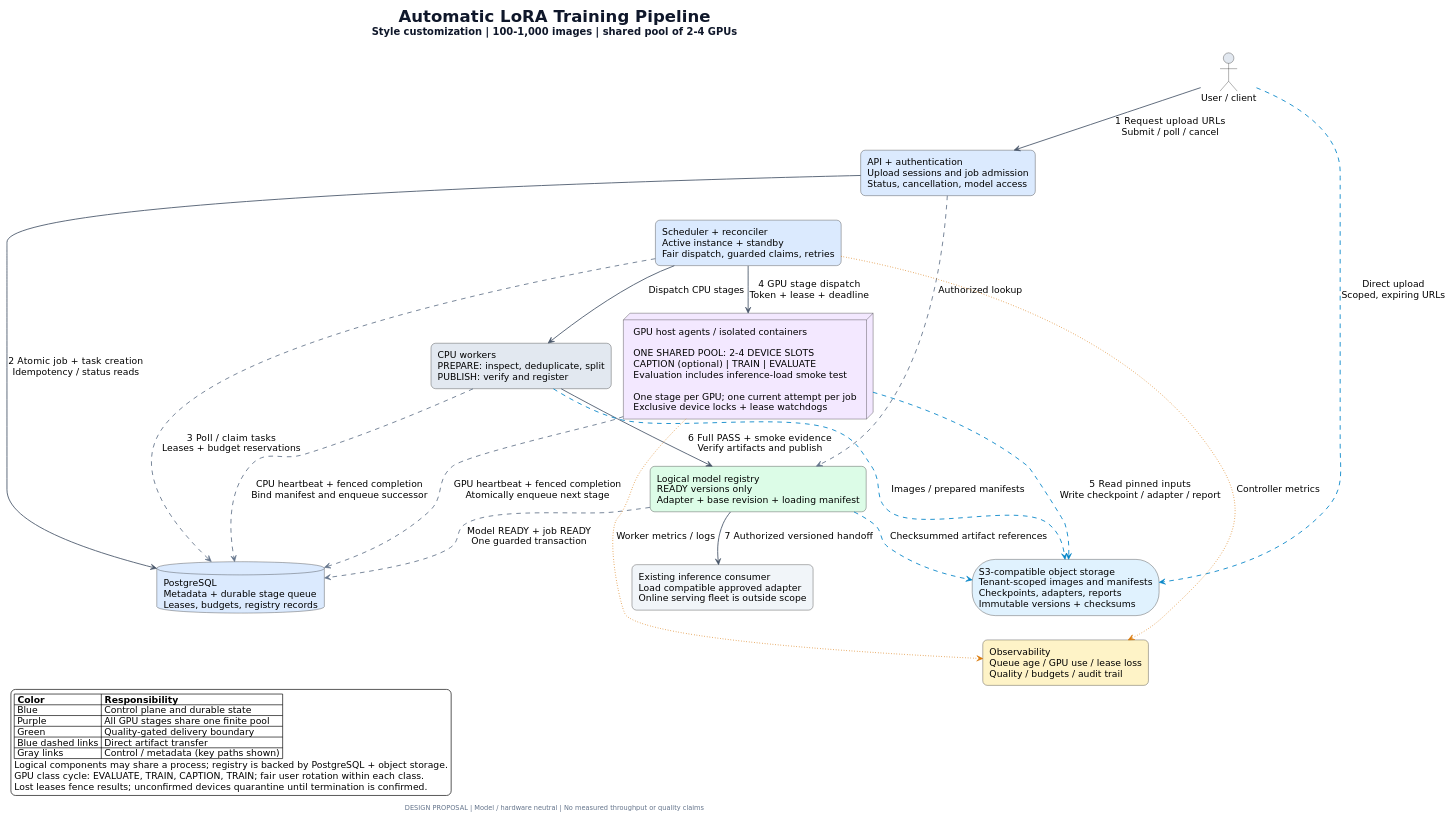
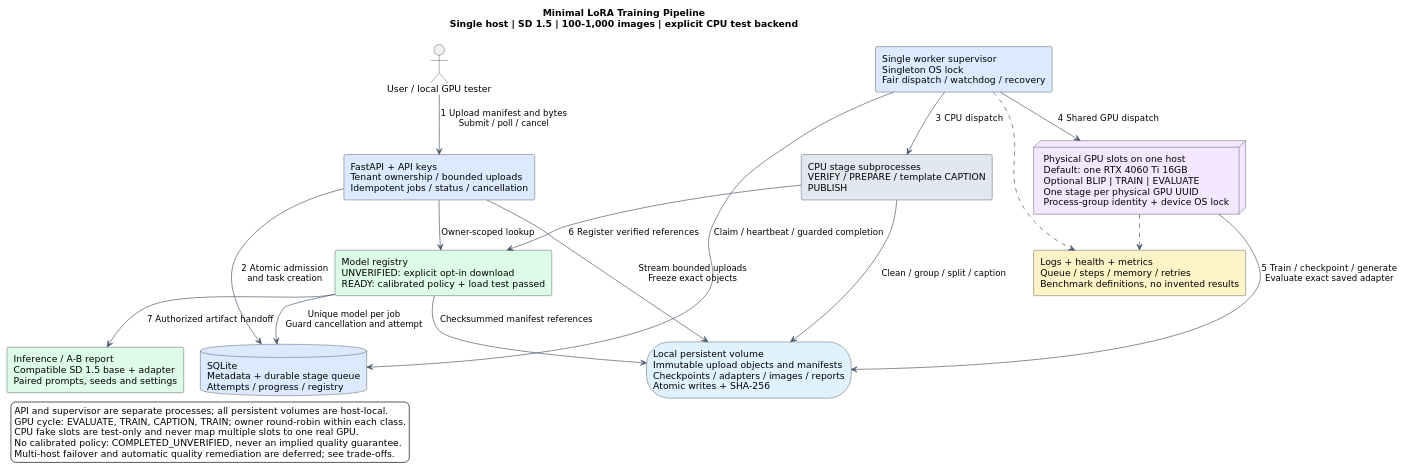
The diagram in diagrams/system-architecture.puml (54younger/sd15-lora-training-pipeline), drawn with PlantUML before and after one commit. The commit also changed 20 other files, not shown here.

Commit message:
docs: update bilingual design guides diagrams and validation record

```diff
--- a/diagrams/system-architecture.puml
+++ b/diagrams/system-architecture.puml
@@ -1,68 +1,46 @@
 @startuml system-architecture
 !pragma layout smetana
 skinparam backgroundColor #FFFFFF
 skinparam defaultFontName DejaVu Sans
-skinparam defaultFontSize 14
 skinparam shadowing false
-skinparam roundcorner 14
 skinparam componentStyle rectangle
+skinparam nodesep 45
+skinparam ranksep 55
 skinparam ArrowColor #475569
-skinparam ArrowThickness 1.3
-skinparam nodesep 55
-skinparam ranksep 60
-skinparam noteBackgroundColor #FFFBEB
-skinparam noteBorderColor #D4AF37
-skinparam titleFontSize 25
-skinparam titleFontColor #0F172A
-skinparam footerFontColor #64748B
 top to bottom direction
-title Automatic LoRA Training Pipeline\n<size:15>Style customization | 100-1,000 images | shared pool of 2-4 GPUs</size>
+title Minimal LoRA Training Pipeline\nSingle host | SD 1.5 | 100-1,000 images | explicit CPU test backend
+actor "User / local GPU tester" as User
+component "FastAPI + API keys\nTenant ownership / bounded uploads\nIdempotent jobs / status / cancellation" as API #DBEAFE
+database "SQLite\nMetadata + durable stage queue\nAttempts / progress / registry" as DB #DBEAFE
+component "Single worker supervisor\nSingleton OS lock\nFair dispatch / watchdog / recovery" as Supervisor #DBEAFE
+component "CPU stage subprocesses\nVERIFY / PREPARE / template CAPTION\nPUBLISH" as CPU #E2E8F0
+node "Physical GPU slots on one host\nDefault: one RTX 4060 Ti 16GB\nOptional BLIP | TRAIN | EVALUATE\nOne stage per physical GPU UUID\nProcess-group identity + device OS lock" as GPU #F3E8FF
+storage "Local persistent volume\nImmutable upload objects and manifests\nCheckpoints / adapters / images / reports\nAtomic writes + SHA-256" as Files #E0F2FE
+component "Model registry\nUNVERIFIED: explicit opt-in download\nREADY: calibrated policy + load test passed" as Registry #DCFCE7
+component "Inference / A-B report\nCompatible SD 1.5 base + adapter\nPaired prompts, seeds and settings" as Consumer #DCFCE7
+component "Logs + health + metrics\nQueue / steps / memory / retries\nBenchmark definitions, no invented results" as Metrics #FEF3C7
 
-actor "User / client" as User #E2E8F0
-component "API + authentication\nUpload sessions and job admission\nStatus, cancellation, model access" as API #DBEAFE
-database "PostgreSQL\nMetadata + durable stage queue\nLeases, budgets, registry records" as DB #DBEAFE
-component "Scheduler + reconciler\nActive instance + standby\nFair dispatch, guarded claims, retries" as Scheduler #DBEAFE
-component "CPU workers\nPREPARE: inspect, deduplicate, split\nPUBLISH: verify and register" as CPU #E2E8F0
-node "GPU host agents / isolated containers\n\nONE SHARED POOL: 2-4 DEVICE SLOTS\nCAPTION (optional) | TRAIN | EVALUATE\nEvaluation includes inference-load smoke test\n\nOne stage per GPU; one current attempt per job\nExclusive device locks + lease watchdogs" as GPU #F3E8FF
-storage "S3-compatible object storage\nTenant-scoped images and manifests\nCheckpoints, adapters, reports\nImmutable versions + checksums" as Objects #E0F2FE
-component "Logical model registry\nREADY versions only\nAdapter + base revision + loading manifest" as Registry #DCFCE7
-component "Existing inference consumer\nLoad compatible approved adapter\nOnline serving fleet is outside scope" as Inference #F1F5F9
-component "Observability\nQueue age / GPU use / lease loss\nQuality / budgets / audit trail" as Observe #FEF3C7
-
-' Ranking follows the control flow; feedback edges do not determine ranks.
-User -down-> API : 1  Request upload URLs\nSubmit / poll / cancel
-API -right-> DB : 2  Atomic job + task creation\nIdempotency / status reads
-API -[hidden]down-> Scheduler
-Scheduler -[#64748B,dashed,norank]-> DB : 3  Poll / claim tasks\nLeases + budget reservations
-Scheduler -down-> CPU : Dispatch CPU stages
-Scheduler -down-> GPU : 4  GPU stage dispatch\nToken + lease + deadline
-CPU -[hidden]right-> GPU
-GPU -[#0284C7,dashed]right-> Objects : 5  Read pinned inputs\nWrite checkpoint / adapter / report
-CPU -down-> Registry : 6  Full PASS + smoke evidence\nVerify artifacts and publish
-GPU -[hidden]down-> Registry
-Registry -down-> Inference : 7  Authorized versioned handoff
-Objects -[hidden]down-> Observe
-
-User -[#0284C7,dashed,norank]-> Objects : Direct upload\nScoped, expiring URLs
-CPU -[#0284C7,dashed,norank]-> Objects : Images / prepared manifests
-CPU -[#64748B,dashed,norank]-> DB : CPU heartbeat + fenced completion\nBind manifest and enqueue successor
-GPU -[#64748B,dashed,norank]-> DB : GPU heartbeat + fenced completion\nAtomically enqueue next stage
-Registry -[#64748B,dashed,norank]-> DB : Model READY + job READY\nOne guarded transaction
-Registry -[#0284C7,dashed,norank]-> Objects : Checksummed artifact references
-API -[#64748B,dashed,norank]-> Registry : Authorized lookup
-Scheduler -[#D97706,dotted,norank]-> Observe : Controller metrics
-GPU -[#D97706,dotted,norank]-> Observe : Worker metrics / logs
+User --> API : 1  Upload manifest and bytes\nSubmit / poll / cancel
+API --> DB : 2  Atomic admission\nand task creation
+API -right-> Files : Stream bounded uploads\nFreeze exact objects
+Supervisor --> DB : Claim / heartbeat / guarded completion
+Supervisor --> CPU : 3  CPU dispatch
+Supervisor --> GPU : 4  Shared GPU dispatch
+CPU --> Files : Clean / group / split / caption
+GPU --> Files : 5  Train / checkpoint / generate\nEvaluate exact saved adapter
+CPU --> Registry : 6  Register verified references
+Registry --> DB : Unique model per job\nGuard cancellation and attempt
+Registry --> Consumer : 7  Authorized artifact handoff
+Registry --> Files : Checksummed manifest references
+API --> Registry : Owner-scoped lookup
+Supervisor ..> Metrics
+GPU ..> Metrics
 
 legend bottom left
-  |= Color |= Responsibility |
-  | Blue | Control plane and durable state |
-  | Purple | All GPU stages share one finite pool |
-  | Green | Quality-gated delivery boundary |
-  | Blue dashed links | Direct artifact transfer |
-  | Gray links | Control / metadata (key paths shown) |
-  Logical components may share a process; registry is backed by PostgreSQL + object storage.
-  GPU class cycle: EVALUATE, TRAIN, CAPTION, TRAIN; fair user rotation within each class.
-  Lost leases fence results; unconfirmed devices quarantine until termination is confirmed.
+  API and supervisor are separate processes; all persistent volumes are host-local.
+  GPU cycle: EVALUATE, TRAIN, CAPTION, TRAIN; owner round-robin within each class.
+  CPU fake slots are test-only and never map multiple slots to one real GPU.
+  No calibrated policy: COMPLETED_UNVERIFIED, never an implied quality guarantee.
+  Multi-host failover and automatic quality remediation are deferred; see trade-offs.
 endlegend
-footer DESIGN PROPOSAL | Model / hardware neutral | No measured throughput or quality claims
 @enduml
```
